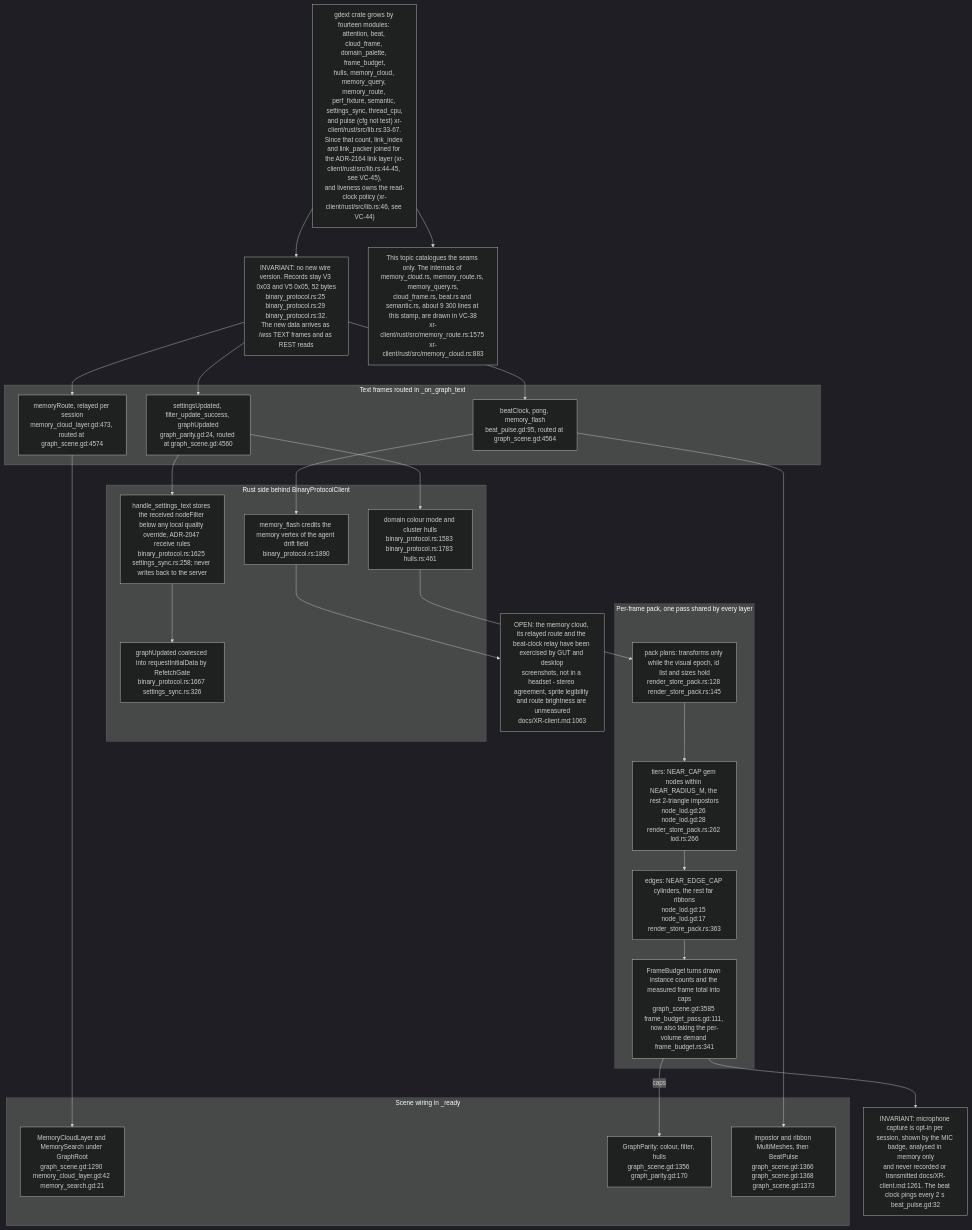
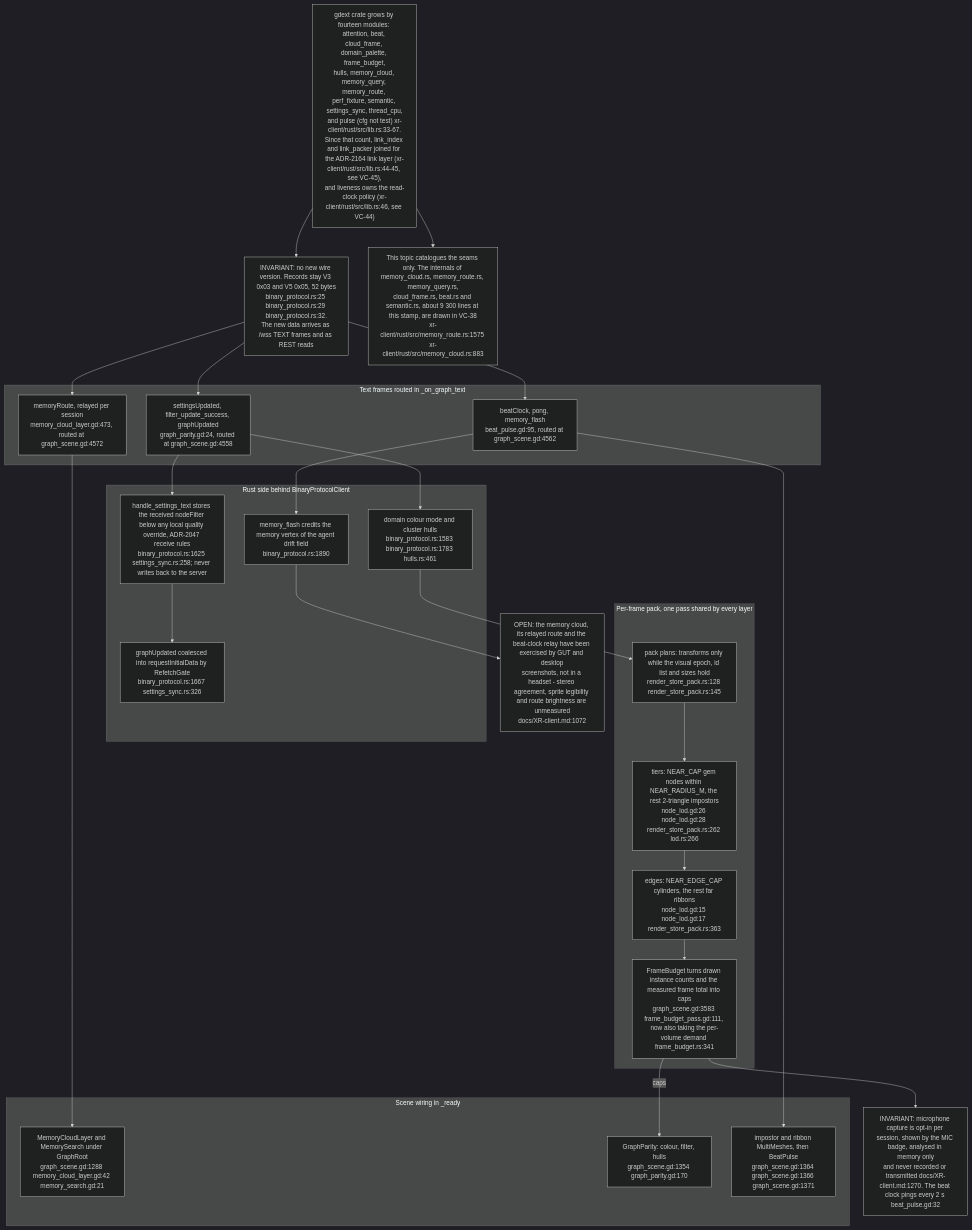
Before and after one commit to DreamLab-AI/VisionFlow: diagram 24 of 30 in docs/diagrams/visionclaw/36-godot-xr-client.md, drawn with Mermaid (dark theme). The commit also changed other lines of this file and 7 other files, not shown here.

First line of the commit message:
diagrams(visionclaw): re-verify VC-34 to VC-40 and VC-42 at visionclaw 4900ec6, agentbox 59b1aca

````diff
--- a/docs/diagrams/visionclaw/36-godot-xr-client.md
+++ b/docs/diagrams/visionclaw/36-godot-xr-client.md
@@ -1243,48 +1243,48 @@
 ```mermaid
 flowchart TB
     LIB["gdext crate grows by fourteen modules: attention, beat, cloud_frame, domain_palette, frame_budget,<br/>hulls, memory_cloud, memory_query, memory_route, perf_fixture, semantic, settings_sync, thread_cpu,<br/>and pulse (cfg not test) xr-client/rust/src/lib.rs:33-67.<br/>Since that count, link_index and link_packer joined for the ADR-2164 link layer (xr-client/rust/src/lib.rs:44-45, see VC-45),<br/>and liveness owns the read-clock policy (xr-client/rust/src/lib.rs:46, see VC-44)"]
     WIRE["INVARIANT: no new wire version. Records stay V3 0x03 and V5 0x05, 52 bytes<br/>binary_protocol.rs:25 binary_protocol.rs:29 binary_protocol.rs:32.<br/>The new data arrives as /wss TEXT frames and as REST reads"]
 
     subgraph text["Text frames routed in _on_graph_text"]
-        T1["settingsUpdated, filter_update_success, graphUpdated<br/>graph_parity.gd:24, routed at graph_scene.gd:4560"]
-        T2["beatClock, pong, memory_flash<br/>beat_pulse.gd:95, routed at graph_scene.gd:4564"]
-        T3["memoryRoute, relayed per session<br/>memory_cloud_layer.gd:473, routed at graph_scene.gd:4574"]
+        T1["settingsUpdated, filter_update_success, graphUpdated<br/>graph_parity.gd:24, routed at graph_scene.gd:4558"]
+        T2["beatClock, pong, memory_flash<br/>beat_pulse.gd:95, routed at graph_scene.gd:4562"]
+        T3["memoryRoute, relayed per session<br/>memory_cloud_layer.gd:473, routed at graph_scene.gd:4572"]
     end
 
     subgraph rust["Rust side behind BinaryProtocolClient"]
         S1["handle_settings_text stores the received nodeFilter below any local quality override, ADR-2047 receive rules<br/>binary_protocol.rs:1625 settings_sync.rs:258; never writes back to the server"]
         S2["graphUpdated coalesced into requestInitialData by RefetchGate<br/>binary_protocol.rs:1667 settings_sync.rs:326"]
         S3["domain colour mode and cluster hulls<br/>binary_protocol.rs:1583 binary_protocol.rs:1783 hulls.rs:461"]
         S4["memory_flash credits the memory vertex of the agent drift field<br/>binary_protocol.rs:1890"]
     end
 
     subgraph pack["Per-frame pack, one pass shared by every layer"]
         P1["pack plans: transforms only while the visual epoch, id list and sizes hold<br/>render_store_pack.rs:128 render_store_pack.rs:145"]
         P2["tiers: NEAR_CAP gem nodes within NEAR_RADIUS_M, the rest 2-triangle impostors<br/>node_lod.gd:26 node_lod.gd:28 render_store_pack.rs:262 lod.rs:266"]
         P3["edges: NEAR_EDGE_CAP cylinders, the rest far ribbons<br/>node_lod.gd:15 node_lod.gd:17 render_store_pack.rs:363"]
-        P4["FrameBudget turns drawn instance counts and the measured frame total into caps<br/>graph_scene.gd:3585 frame_budget_pass.gd:111, now also taking the per-volume demand frame_budget.rs:341"]
+        P4["FrameBudget turns drawn instance counts and the measured frame total into caps<br/>graph_scene.gd:3583 frame_budget_pass.gd:111, now also taking the per-volume demand frame_budget.rs:341"]
     end
 
     subgraph scene["Scene wiring in _ready"]
-        W1["MemoryCloudLayer and MemorySearch under GraphRoot<br/>graph_scene.gd:1290 memory_cloud_layer.gd:42 memory_search.gd:21"]
-        W2["GraphParity: colour, filter, hulls<br/>graph_scene.gd:1356 graph_parity.gd:170"]
-        W3["impostor and ribbon MultiMeshes, then BeatPulse<br/>graph_scene.gd:1366 graph_scene.gd:1368 graph_scene.gd:1373"]
+        W1["MemoryCloudLayer and MemorySearch under GraphRoot<br/>graph_scene.gd:1288 memory_cloud_layer.gd:42 memory_search.gd:21"]
+        W2["GraphParity: colour, filter, hulls<br/>graph_scene.gd:1354 graph_parity.gd:170"]
+        W3["impostor and ribbon MultiMeshes, then BeatPulse<br/>graph_scene.gd:1364 graph_scene.gd:1366 graph_scene.gd:1371"]
     end
 
     LIB --> WIRE
     WIRE --> T1 & T2 & T3
     T1 --> S1 --> S2
     T1 --> S3
     T2 --> S4
     S3 --> P1 --> P2 --> P3 --> P4
     P4 -->|"caps"| W2
     T3 --> W1
     T2 --> W3
 
-    N1["INVARIANT: microphone capture is opt-in per session, shown by the MIC badge, analysed in memory only<br/>and never recorded or transmitted docs/XR-client.md:1261. The beat clock pings every 2 s beat_pulse.gd:32"]
-    N2["OPEN: the memory cloud, its relayed route and the beat-clock relay have been exercised by GUT and desktop<br/>screenshots, not in a headset - stereo agreement, sprite legibility and route brightness are unmeasured<br/>docs/XR-client.md:1063"]
+    N1["INVARIANT: microphone capture is opt-in per session, shown by the MIC badge, analysed in memory only<br/>and never recorded or transmitted docs/XR-client.md:1270. The beat clock pings every 2 s beat_pulse.gd:32"]
+    N2["OPEN: the memory cloud, its relayed route and the beat-clock relay have been exercised by GUT and desktop<br/>screenshots, not in a headset - stereo agreement, sprite legibility and route brightness are unmeasured<br/>docs/XR-client.md:1072"]
     N3["This topic catalogues the seams only. The internals of memory_cloud.rs, memory_route.rs, memory_query.rs,<br/>cloud_frame.rs, beat.rs and semantic.rs, about 9 300 lines at this stamp, are drawn in VC-38<br/>xr-client/rust/src/memory_route.rs:1575 xr-client/rust/src/memory_cloud.rs:883"]
     P4 --> N1
     S4 --> N2
     LIB --> N3
 ```
````
